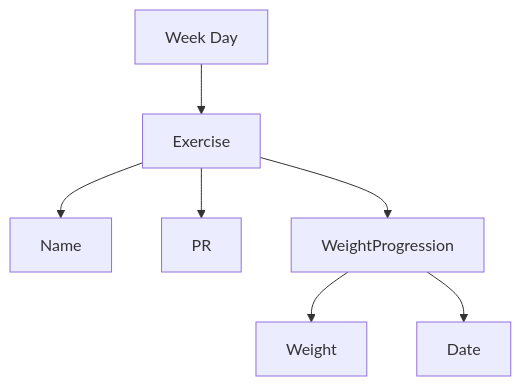
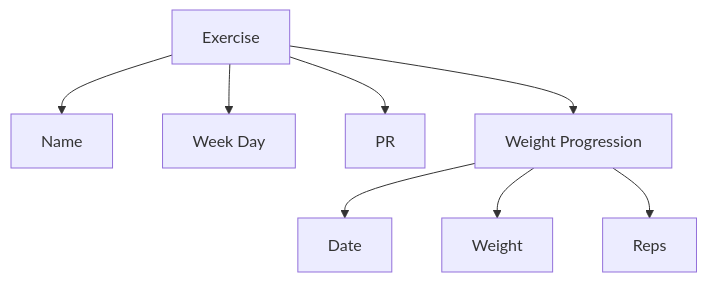
The diagram in docs/data-organization.md (fbenevolo/gymtrack), drawn with Mermaid before and after one commit. The commit also changed 15 other files, not shown here.

````diff
--- a/docs/data-organization.md
+++ b/docs/data-organization.md
@@ -1,9 +1,10 @@
 ``` mermaid
 graph TD
-    A["Week Day"] --> B["Exercise"];
-    B --> C["Name"];
-    B --> D["PR"];
-    B --> E["WeightProgression"];
-    E --> F["Weight"];
-    E --> G["Date"];
+    A["Exercise"] --> B["Name"];
+    A --> C["Week Day"]
+    A --> D["PR"]
+    A --> E["Weight Progression"]
+    E --> F["Date"]
+    E --> G["Weight"]
+    E --> H["Reps"]
 ```
````
